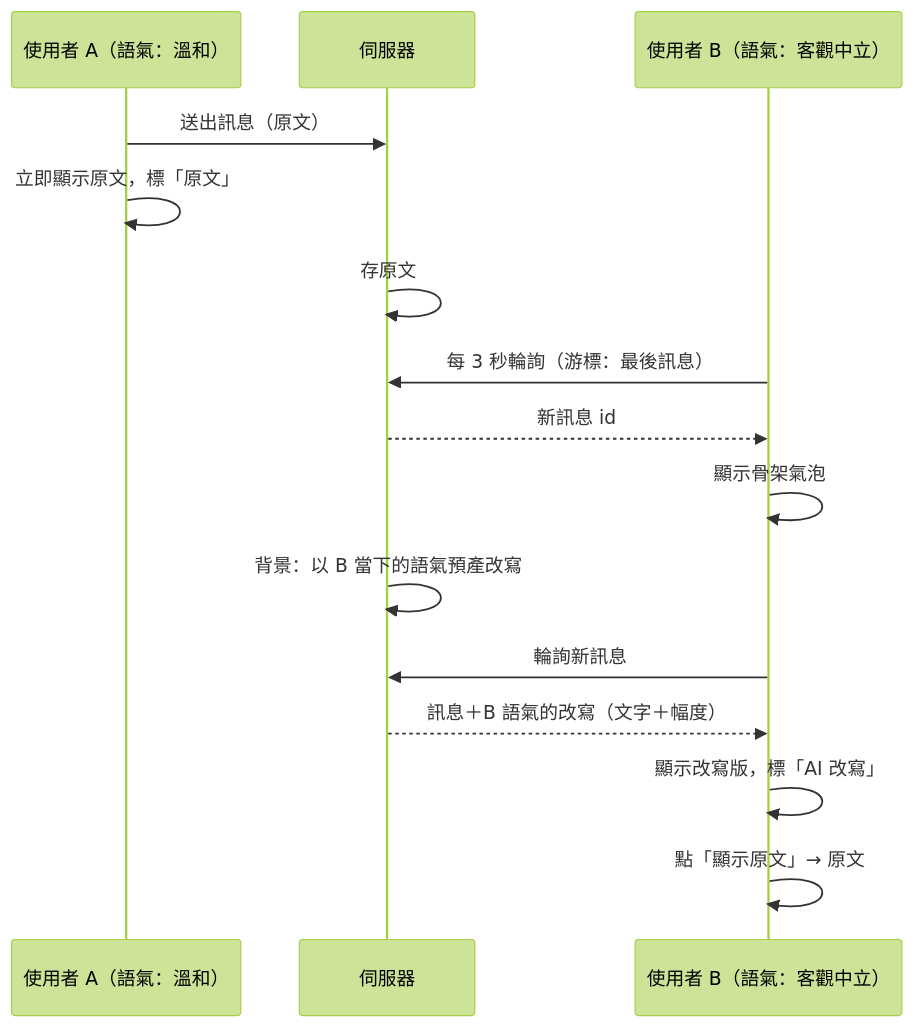
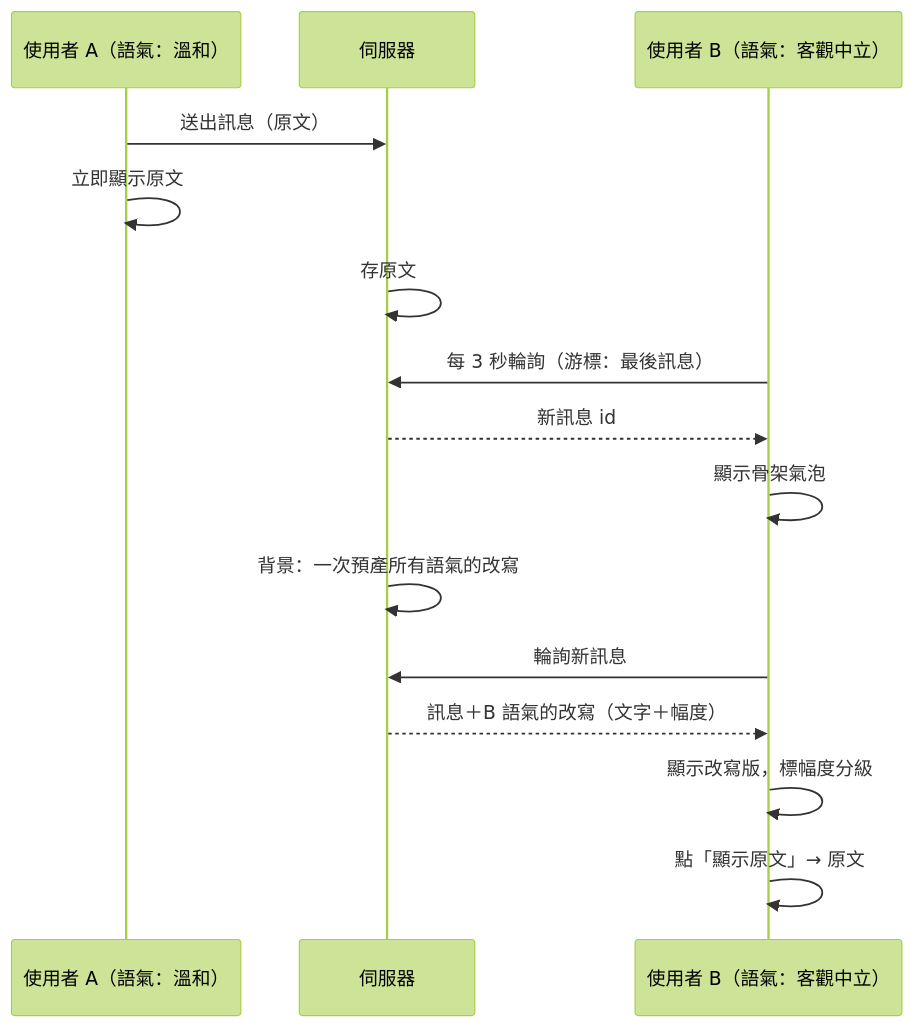
One commit to yeeway0609/ai-social changed the diagram in backlog/docs/ai-social/doc-004 - 聊天室-PRD.md. Above: the diagram before and after it, drawn with Mermaid (forest theme). The commit also changed other lines of this file and 50 other files, not shown here.

````diff
--- a/backlog/docs/ai-social/doc-004 - 聊天室-PRD.md
+++ b/backlog/docs/ai-social/doc-004 - 聊天室-PRD.md
@@ -52,17 +52,17 @@
 ```mermaid
 sequenceDiagram
   participant A as 使用者 A（語氣：溫和）
   participant S as 伺服器
   participant B as 使用者 B（語氣：客觀中立）
   A->>S: 送出訊息（原文）
-  A->>A: 立即顯示原文，標「原文」
+  A->>A: 立即顯示原文
   S->>S: 存原文
   B->>S: 每 3 秒輪詢（游標：最後訊息）
   S-->>B: 新訊息 id
   B->>B: 顯示骨架氣泡
-  S->>S: 背景：以 B 當下的語氣預產改寫
+  S->>S: 背景：一次預產所有語氣的改寫
   B->>S: 輪詢新訊息
   S-->>B: 訊息＋B 語氣的改寫（文字＋幅度）
-  B->>B: 顯示改寫版，標「AI 改寫」
+  B->>B: 顯示改寫版，標幅度分級
   B->>B: 點「顯示原文」→ 原文
 ```
````
